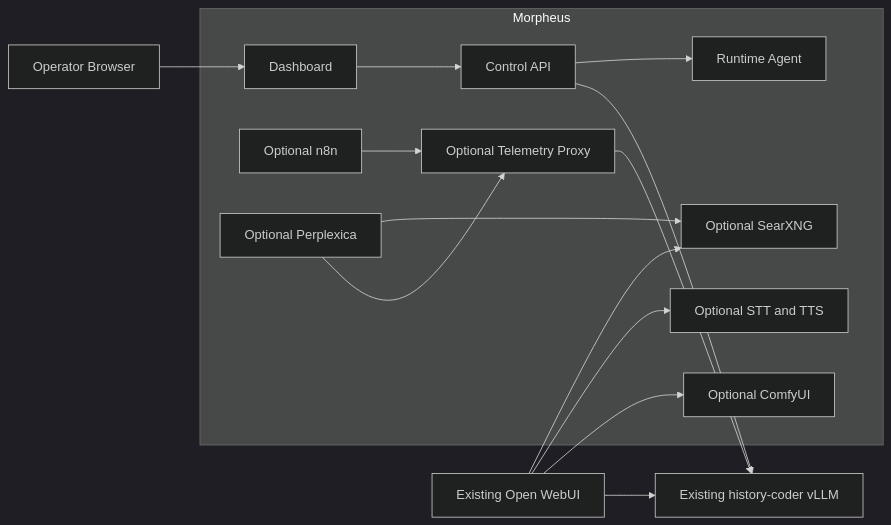
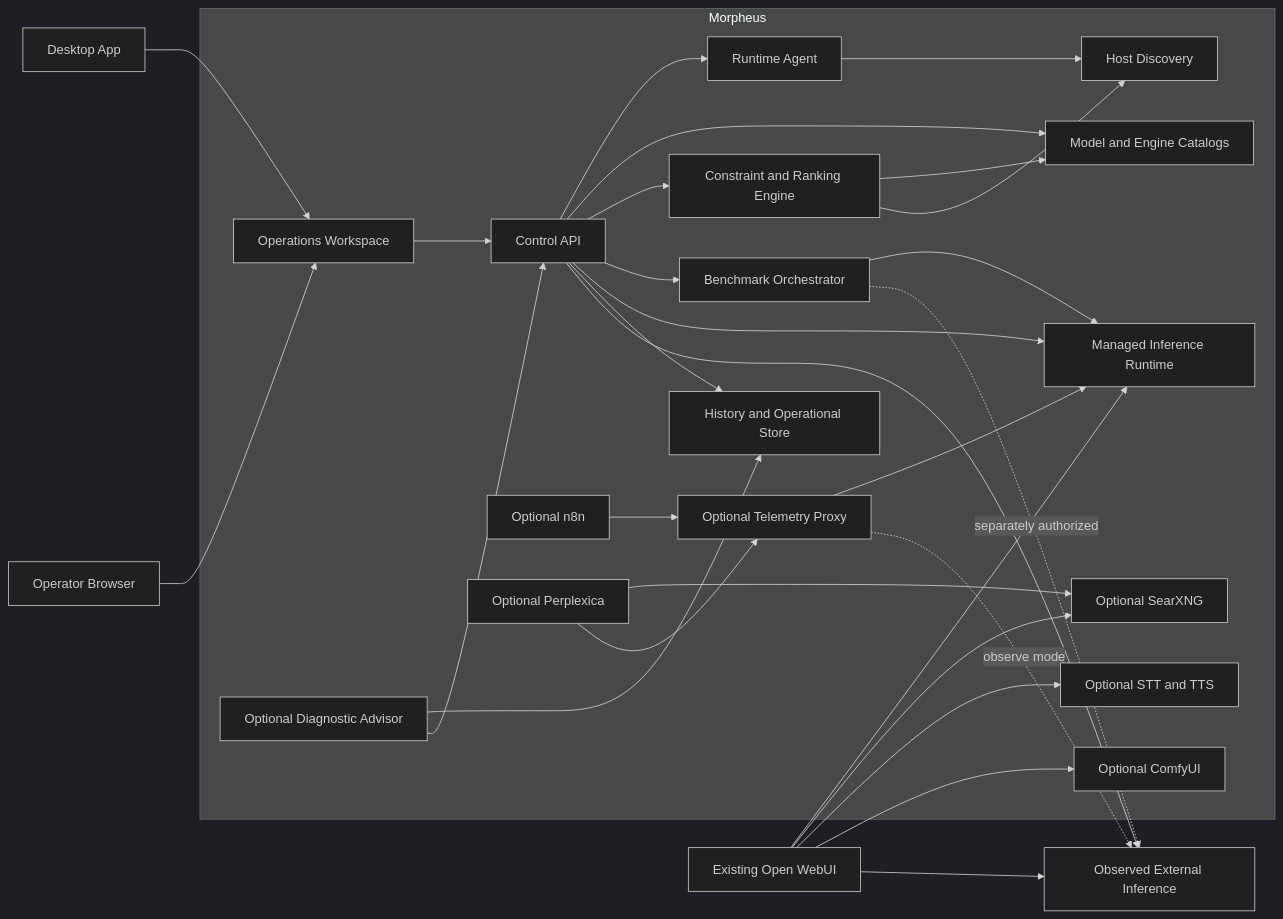
The diagram in docs/ARCHITECTURE.md (jpvelasco/morpheus), drawn with Mermaid (dark theme) before and after one commit. The commit also changed other lines of this file and 17 other files, not shown here.

````diff
--- a/docs/ARCHITECTURE.md
+++ b/docs/ARCHITECTURE.md
@@ -21,31 +24,54 @@
 ```mermaid
 flowchart LR
+    Desktop[Desktop App]
     Browser[Operator Browser]
     WebUI[Existing Open WebUI]
-    LLM[Existing history-coder vLLM]
+    External[Observed External Inference]
 
     subgraph Morpheus
-        Dashboard[Dashboard]
+        Dashboard[Operations Workspace]
         API[Control API]
         Agent[Runtime Agent]
+        Discovery[Host Discovery]
+        Catalogs[Model and Engine Catalogs]
+        Selector[Constraint and Ranking Engine]
+        Campaigns[Benchmark Orchestrator]
+        Managed[Managed Inference Runtime]
+        Store[History and Operational Store]
+        Advisor[Optional Diagnostic Advisor]
         Telemetry[Optional Telemetry Proxy]
         Search[Optional SearXNG]
         Voice[Optional STT and TTS]
         Workflow[Optional n8n]
         Research[Optional Perplexica]
         Images[Optional ComfyUI]
     end
 
+    Desktop --> Dashboard
     Browser --> Dashboard
     Dashboard --> API
     API --> Agent
-    API --> LLM
-    WebUI --> LLM
+    Agent --> Discovery
+    API --> Catalogs
+    API --> Selector
+    Selector --> Catalogs
+    Selector --> Discovery
+    API --> Campaigns
+    Campaigns --> Managed
+    Campaigns -. separately authorized .-> External
+    API --> Managed
+    API --> Store
+    Advisor --> Store
+    Advisor --> API
+    API --> External
+    WebUI --> Managed
+    WebUI --> External
     WebUI --> Search
     WebUI --> Voice
     WebUI --> Images
-    Telemetry --> LLM
+    Telemetry --> Managed
+    Telemetry -. observe mode .-> External
     Workflow --> Telemetry
     Research --> Search
     Research --> Telemetry
 ```
````
